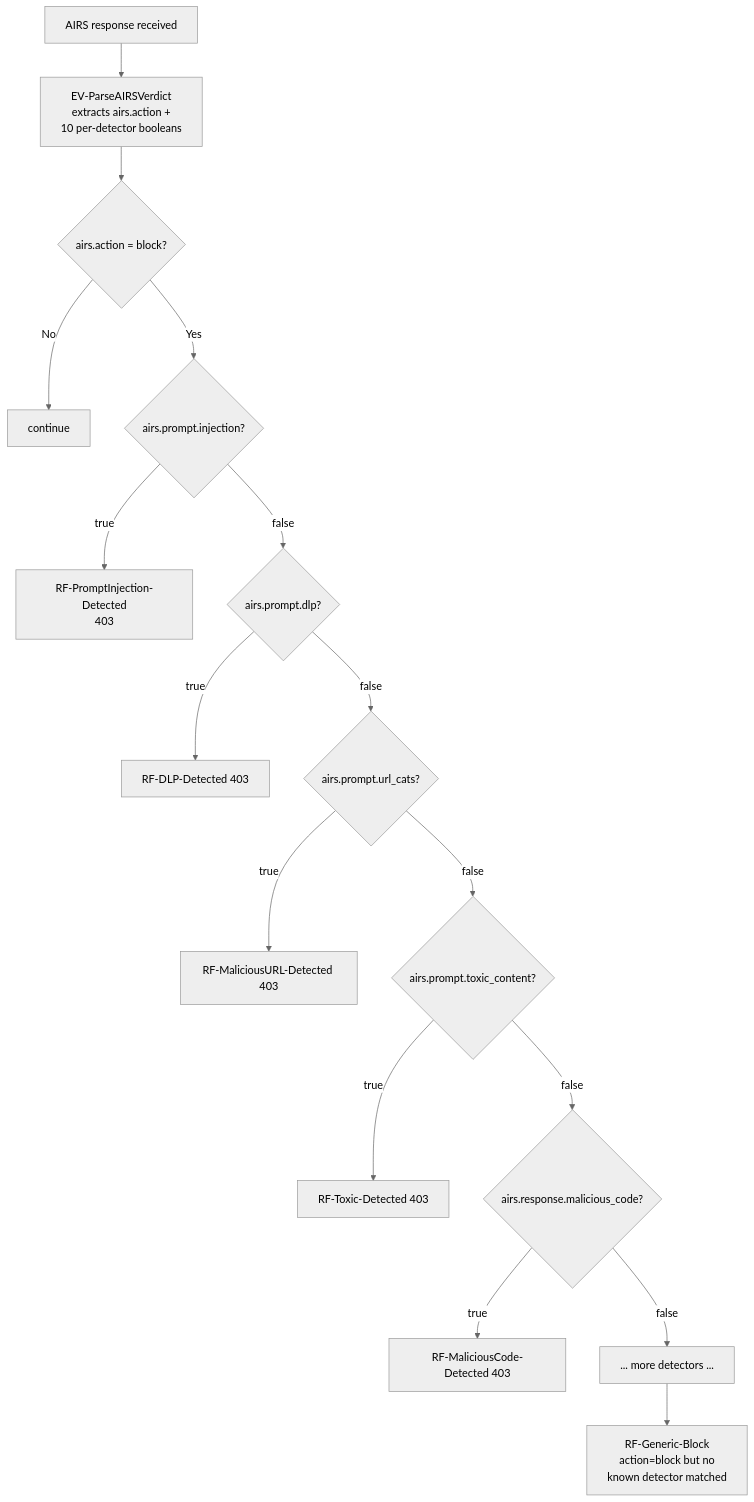
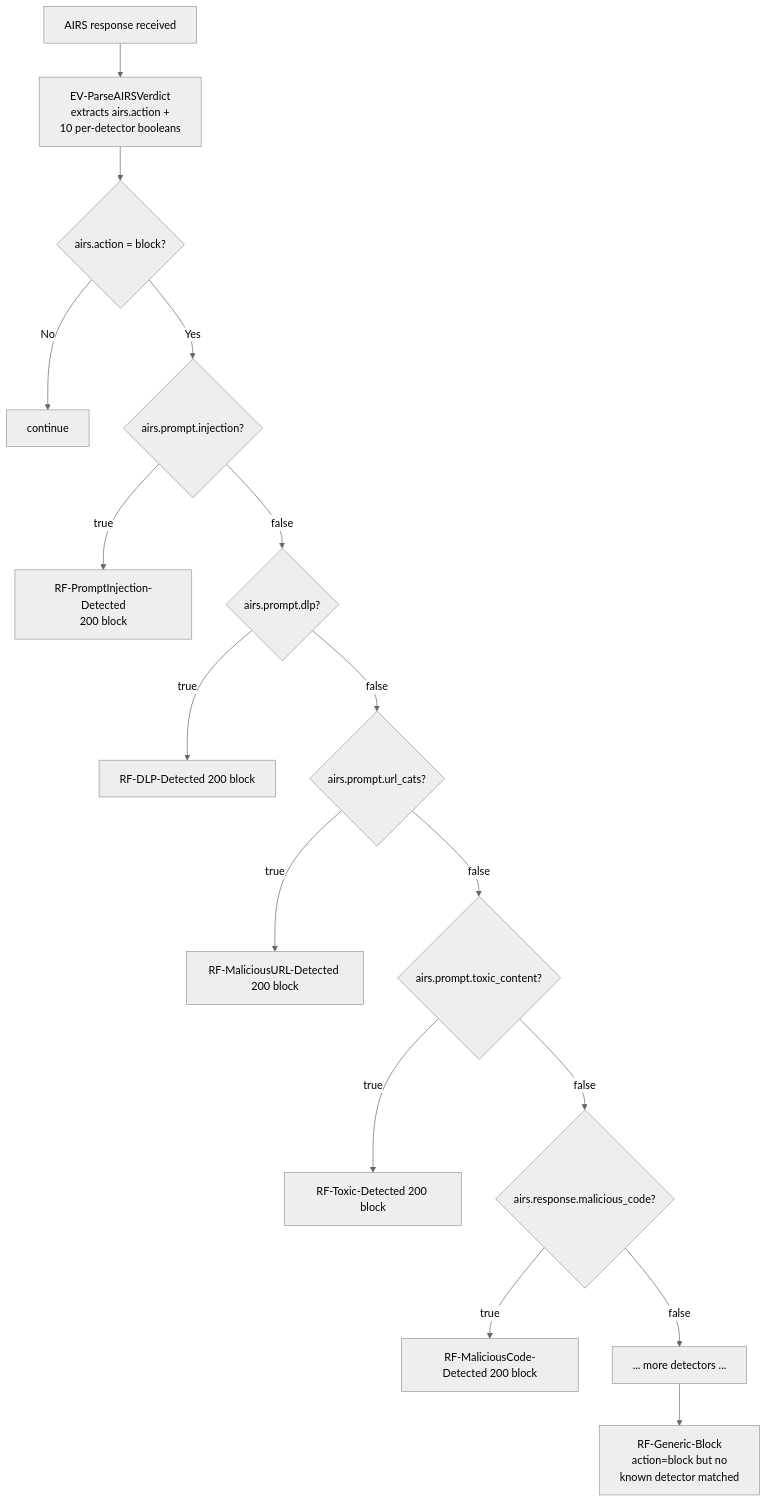
The fourth of 5 diagrams in Google/apigee/sharedflow/ARCHITECTURE.md (PaloAltoNetworks/prisma-airs-integrations), drawn with Mermaid (neutral theme) before and after one commit. The commit also changed other lines of this file and 1 other file, not shown here.

First line of the commit message:
docs: correct block response to graceful 200 envelope; add Technical Requirements

````diff
--- a/Google/apigee/sharedflow/ARCHITECTURE.md
+++ b/Google/apigee/sharedflow/ARCHITECTURE.md
@@ -149,18 +149,18 @@
 ```mermaid
 flowchart TD
     A[AIRS response received] --> B[EV-ParseAIRSVerdict<br/>extracts airs.action +<br/>10 per-detector booleans]
     B --> C{airs.action = block?}
     C -->|No| Z[continue]
     C -->|Yes| D{airs.prompt.injection?}
-    D -->|true| D1[RF-PromptInjection-Detected<br/>403]
+    D -->|true| D1[RF-PromptInjection-Detected<br/>200 block]
     D -->|false| E{airs.prompt.dlp?}
-    E -->|true| E1[RF-DLP-Detected 403]
+    E -->|true| E1[RF-DLP-Detected 200 block]
     E -->|false| F{airs.prompt.url_cats?}
-    F -->|true| F1[RF-MaliciousURL-Detected 403]
+    F -->|true| F1[RF-MaliciousURL-Detected 200 block]
     F -->|false| G{airs.prompt.toxic_content?}
-    G -->|true| G1[RF-Toxic-Detected 403]
+    G -->|true| G1[RF-Toxic-Detected 200 block]
     G -->|false| H{airs.response.malicious_code?}
-    H -->|true| H1[RF-MaliciousCode-Detected 403]
+    H -->|true| H1[RF-MaliciousCode-Detected 200 block]
     H -->|false| I[... more detectors ...]
     I --> Y[RF-Generic-Block<br/>action=block but no<br/>known detector matched]
 ```
````
